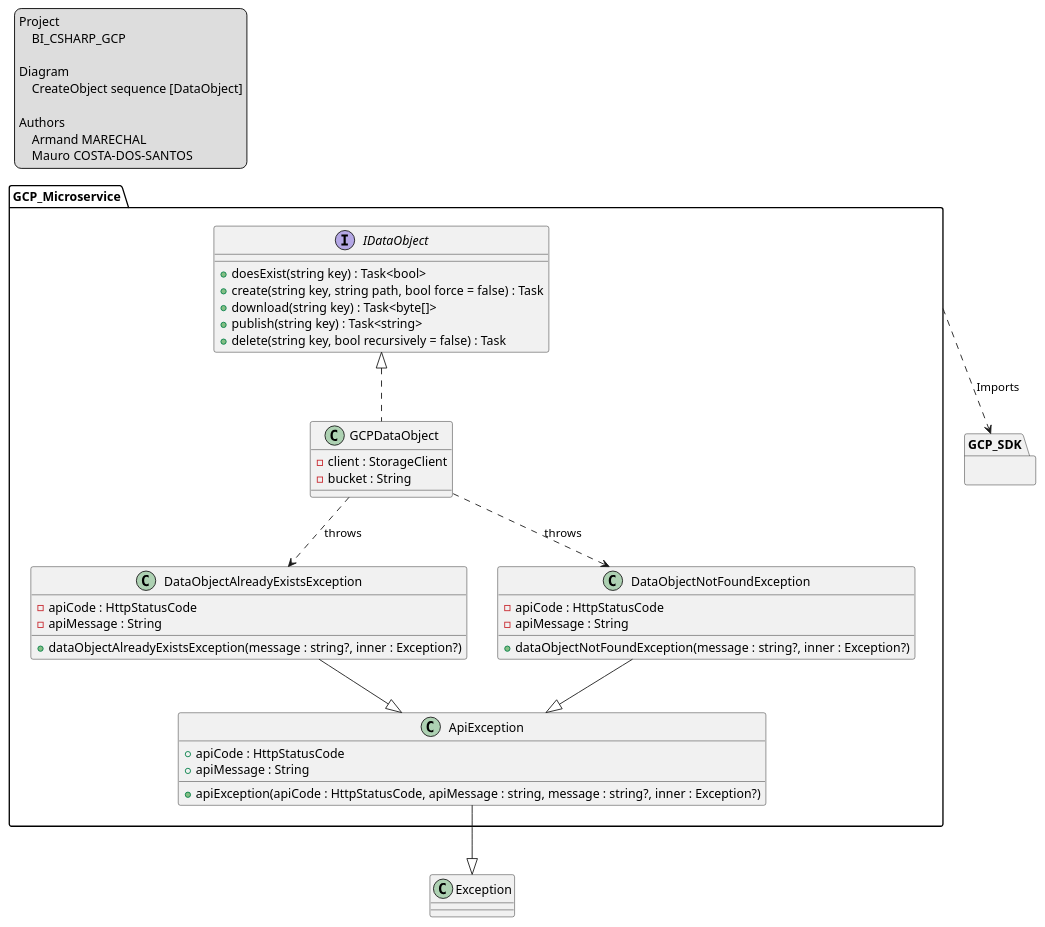
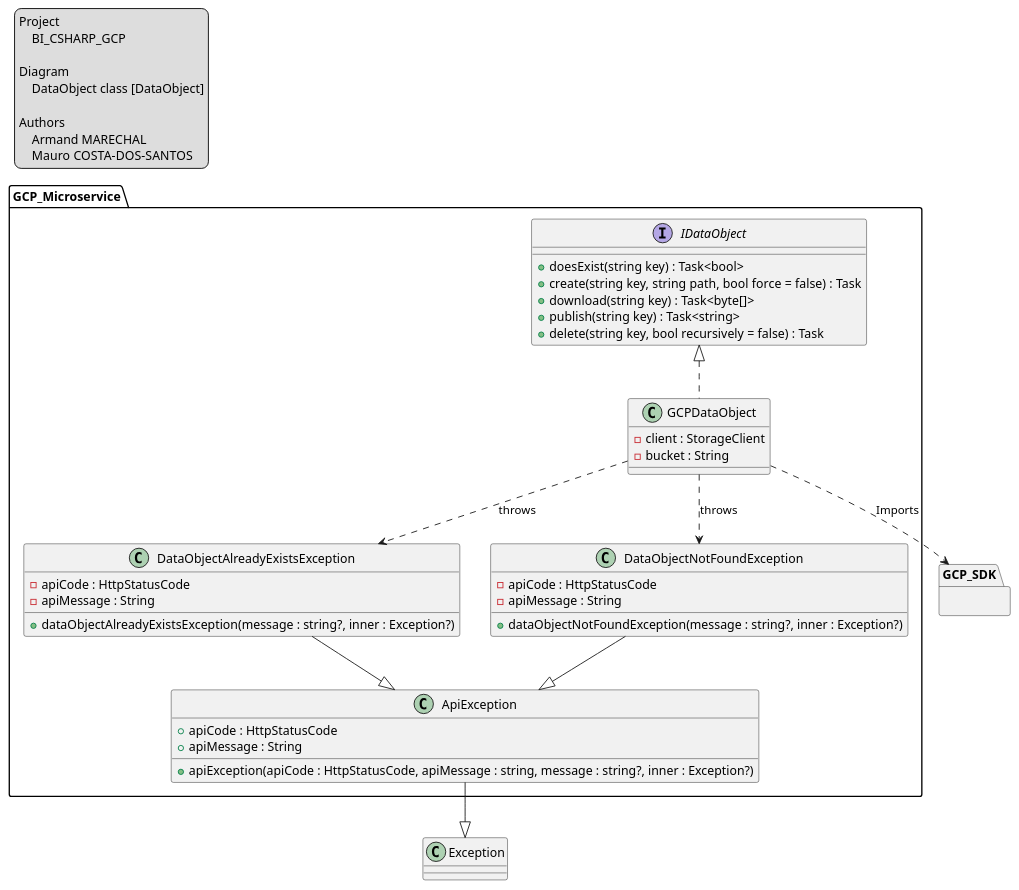
Before and after one commit to CPNV-ES-BI/BI_CSHARP_GCP: the diagram in doc/classes/data_object.puml, drawn with PlantUML.

Commit message:
Refactor class diagram

```diff
--- a/doc/classes/data_object.puml
+++ b/doc/classes/data_object.puml
@@ -1,63 +1,63 @@
 @startuml DataObject
 
 legend top left
     Project
         BI_CSHARP_GCP
 
     Diagram
-        CreateObject sequence [DataObject]
+        DataObject class [DataObject]
 
     Authors
         Armand MARECHAL
         Mauro COSTA-DOS-SANTOS 
 endlegend
 
 package GCP_Microservice {
     interface IDataObject {
      +doesExist(string key) : Task<bool>
      +create(string key, string path, bool force = false) : Task
      +download(string key) : Task<byte[]>
      +publish(string key) : Task<string>
      +delete(string key, bool recursively = false) : Task
     }
 
     class GCPDataObject {
      -client : StorageClient
      -bucket : String
     }
 
     class ApiException {
      +apiException(apiCode : HttpStatusCode, apiMessage : string, message : string?, inner : Exception?)
      +apiCode : HttpStatusCode
      +apiMessage : String
     }
 
     class DataObjectAlreadyExistsException {
      +dataObjectAlreadyExistsException(message : string?, inner : Exception?)
      -apiCode : HttpStatusCode
      -apiMessage : String
     }
 
     class DataObjectNotFoundException {
      +dataObjectNotFoundException(message : string?, inner : Exception?)
      -apiCode : HttpStatusCode
      -apiMessage : String
     }
 }
 
 package GCP_SDK {}
 
 IDataObject <|.. GCPDataObject
-GCP_Microservice ..> GCP_SDK: Imports
+GCPDataObject ..> GCP_SDK: Imports
 
 class Exception
 
 GCPDataObject ..> DataObjectAlreadyExistsException : throws
 GCPDataObject ..> DataObjectNotFoundException : throws
 
 DataObjectAlreadyExistsException --|> ApiException
 DataObjectNotFoundException --|> ApiException
 
 ApiException --|> Exception
 
 @enduml
```
